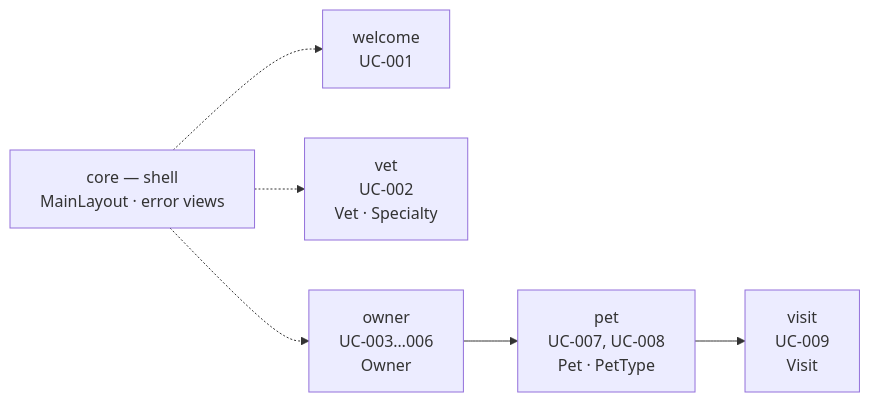
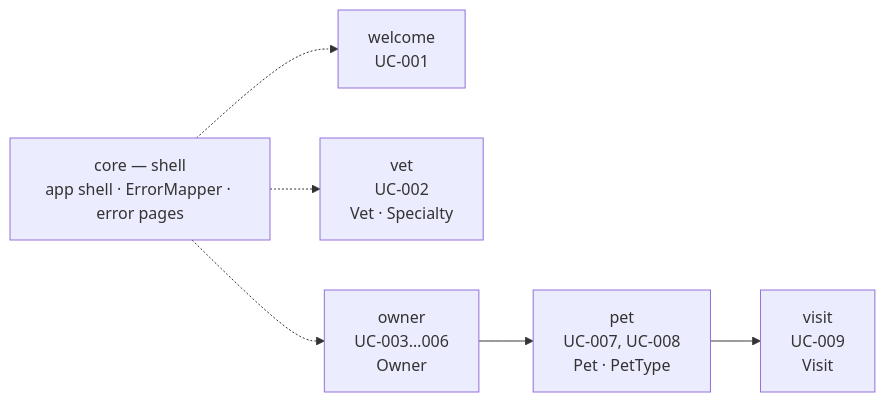
Before and after one commit to AI-Unified-Process/petclinic: the diagram in docs/architecture/logical.md, drawn with Mermaid. The commit also changed other lines of this file and 81 other files, not shown here.

````diff
--- a/docs/architecture/logical.md
+++ b/docs/architecture/logical.md
@@ -15,14 +15,14 @@
 ```mermaid
 flowchart LR
-    core["core — shell<br/>MainLayout · error views"]
+    core["core — shell<br/>app shell · ErrorMapper · error pages"]
     welcome["welcome<br/>UC-001"]
     vet["vet<br/>UC-002<br/>Vet · Specialty"]
     owner["owner<br/>UC-003…006<br/>Owner"]
     pet["pet<br/>UC-007, UC-008<br/>Pet · PetType"]
     visit["visit<br/>UC-009<br/>Visit"]
     owner --> pet
     pet --> visit
     core -.-> welcome
     core -.-> vet
     core -.-> owner
 ```
````
